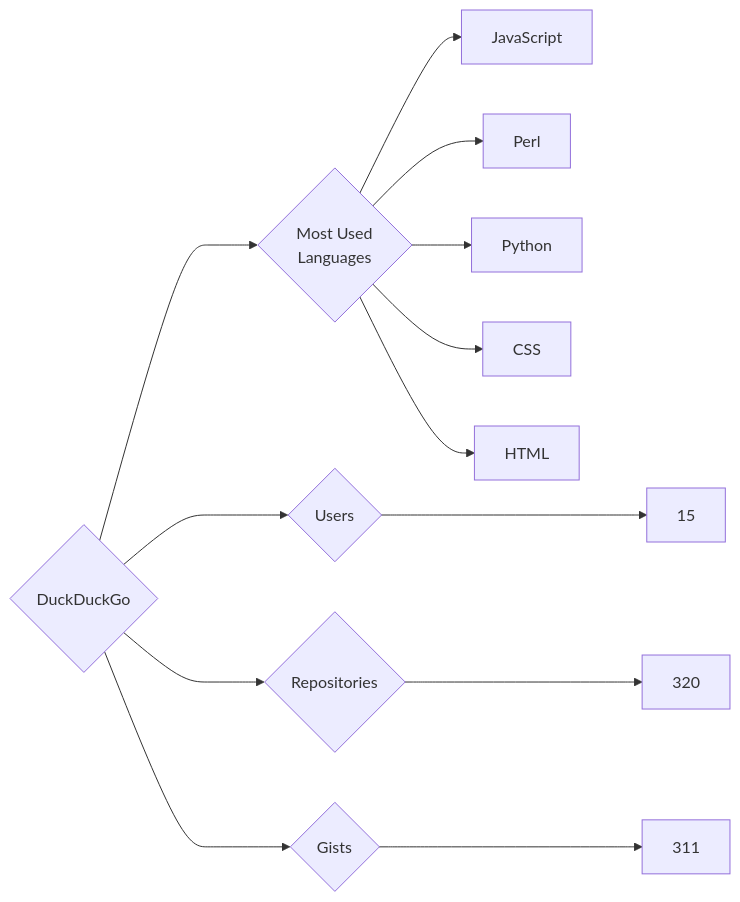
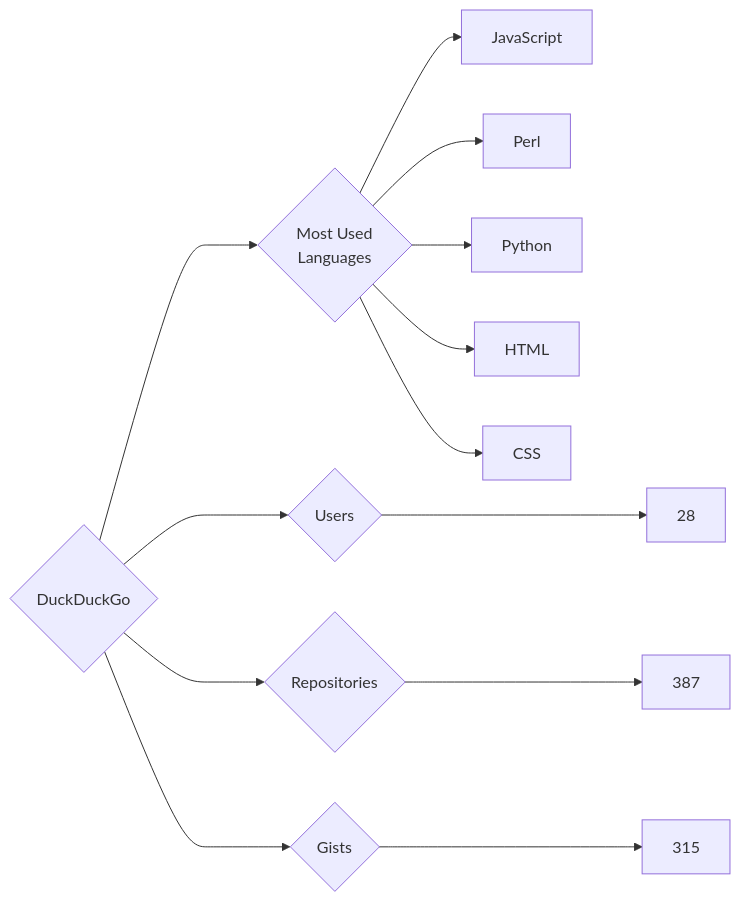
The diagram in targets/DuckDuckGo/README.md (trickest/insiders), drawn with Mermaid before and after one commit. The commit also changed 1314 other files, not shown here.

````diff
--- a/targets/DuckDuckGo/README.md
+++ b/targets/DuckDuckGo/README.md
@@ -3,13 +3,13 @@
 ```mermaid
 graph LR
 COMPANY_NAME{DuckDuckGo}
-COMPANY_NAME ---> U{Users} ---> UN[15]
-COMPANY_NAME ---> R{Repositories} ---> RN[320]
-COMPANY_NAME ---> G{Gists} ---> GN[311]
+COMPANY_NAME ---> U{Users} ---> UN[28]
+COMPANY_NAME ---> R{Repositories} ---> RN[387]
+COMPANY_NAME ---> G{Gists} ---> GN[315]
 COMPANY_NAME ---> ML{Most Used<br>Languages}
 ML --> JavaScript[JavaScript]
 ML --> Perl[Perl]
 ML --> Python[Python]
+ML --> HTML[HTML]
 ML --> CSS[CSS]
-ML --> HTML[HTML]
 ```
````
